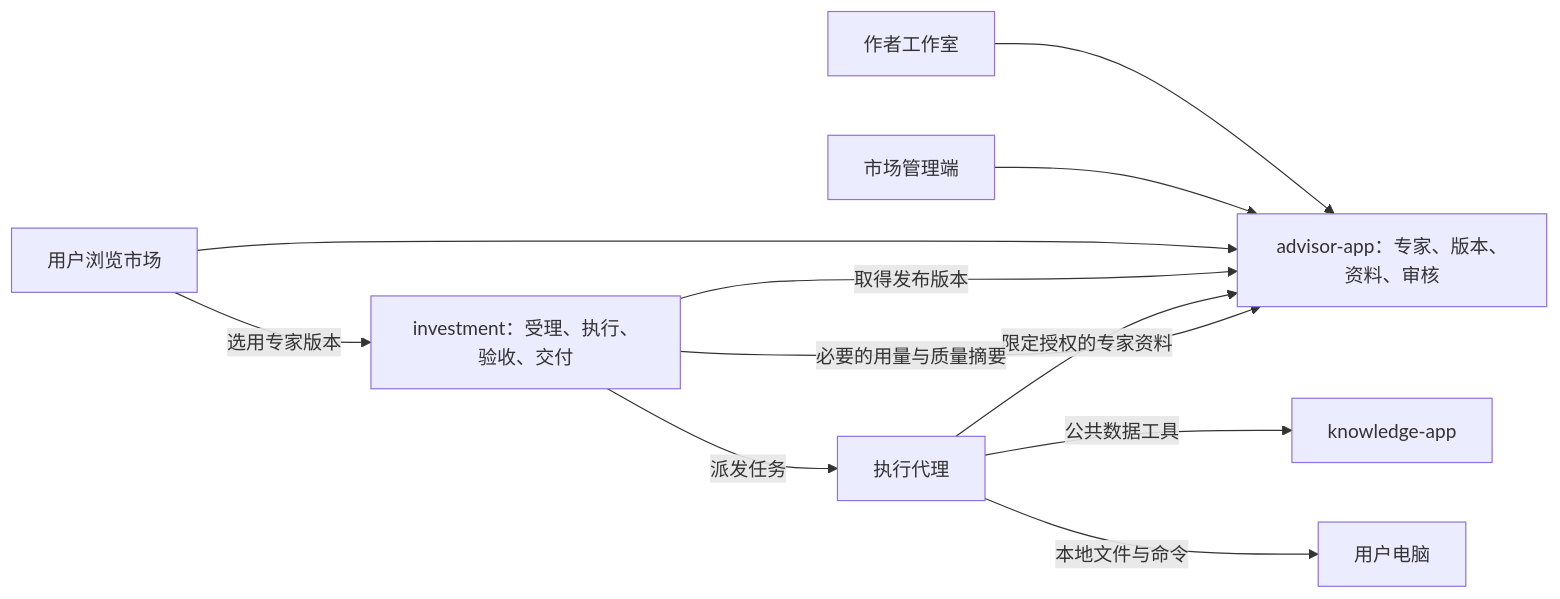
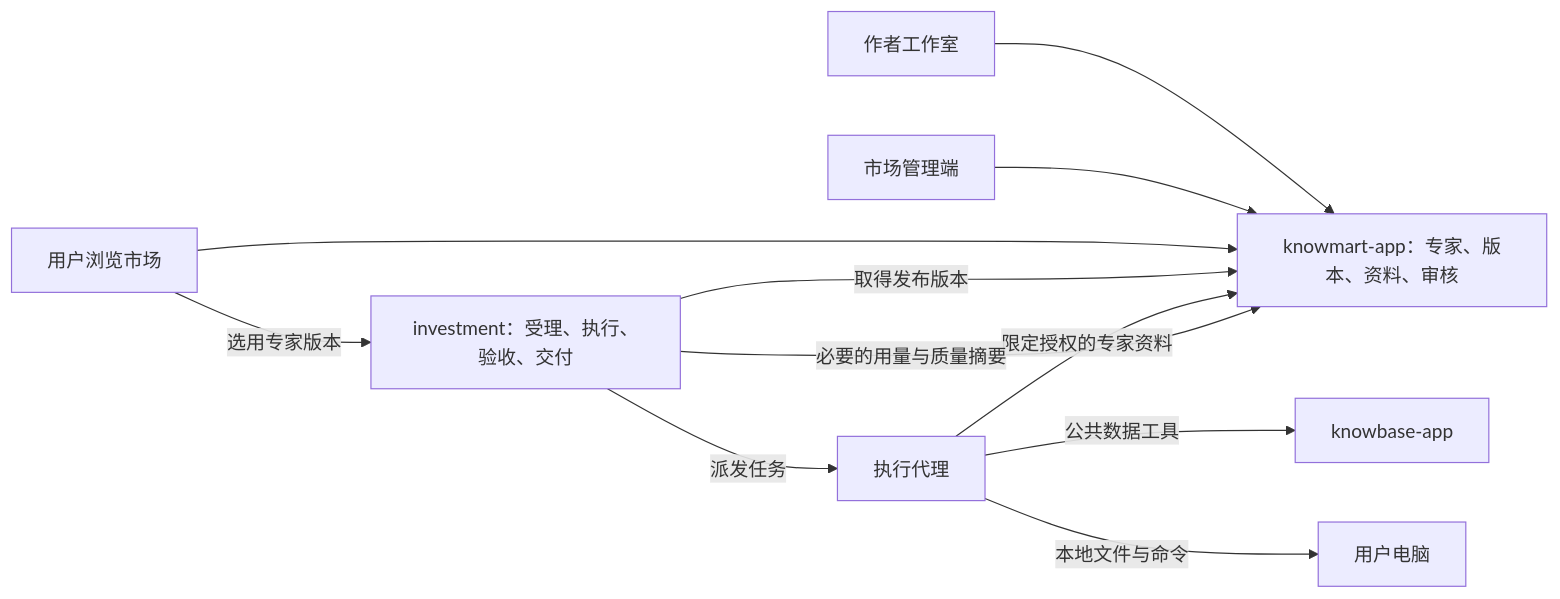
One commit to sunmoonlion/k8s changed the diagram in docs/专家市场架构对比分析和借鉴.md. Above: the diagram before and after it, drawn with Mermaid. The commit also changed other lines of this file and 1 other file, not shown here.

Commit message:
docs(rename): 两份讨论稿的应用名换新（knowfeed、knowbase、knowmart）

````diff
--- a/docs/专家市场架构对比分析和借鉴.md
+++ b/docs/专家市场架构对比分析和借鉴.md
@@ -99,13 +99,13 @@
 ```mermaid
 flowchart LR
-    Author[作者工作室] --> Advisor[advisor-app：专家、版本、资料、审核]
-    Admin[市场管理端] --> Advisor
-    Market[用户浏览市场] --> Advisor
+    Author[作者工作室] --> Knowmart[knowmart-app：专家、版本、资料、审核]
+    Admin[市场管理端] --> Knowmart
+    Market[用户浏览市场] --> Knowmart
     Market -->|选用专家版本| Investment[investment：受理、执行、验收、交付]
-    Investment -->|取得发布版本| Advisor
+    Investment -->|取得发布版本| Knowmart
     Investment -->|派发任务| Agent[执行代理]
-    Agent -->|限定授权的专家资料| Advisor
-    Agent -->|公共数据工具| Knowledge[knowledge-app]
+    Agent -->|限定授权的专家资料| Knowmart
+    Agent -->|公共数据工具| Knowbase[knowbase-app]
     Agent -->|本地文件与命令| Local[用户电脑]
-    Investment -->|必要的用量与质量摘要| Advisor
+    Investment -->|必要的用量与质量摘要| Knowmart
 ```
````
